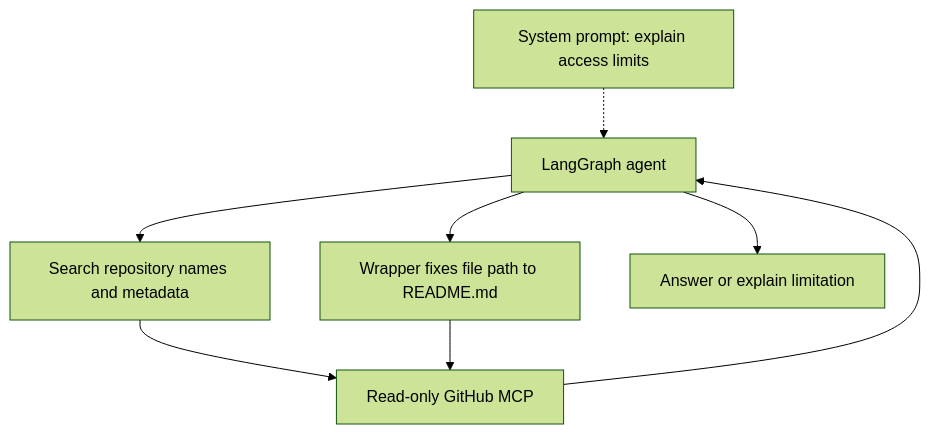
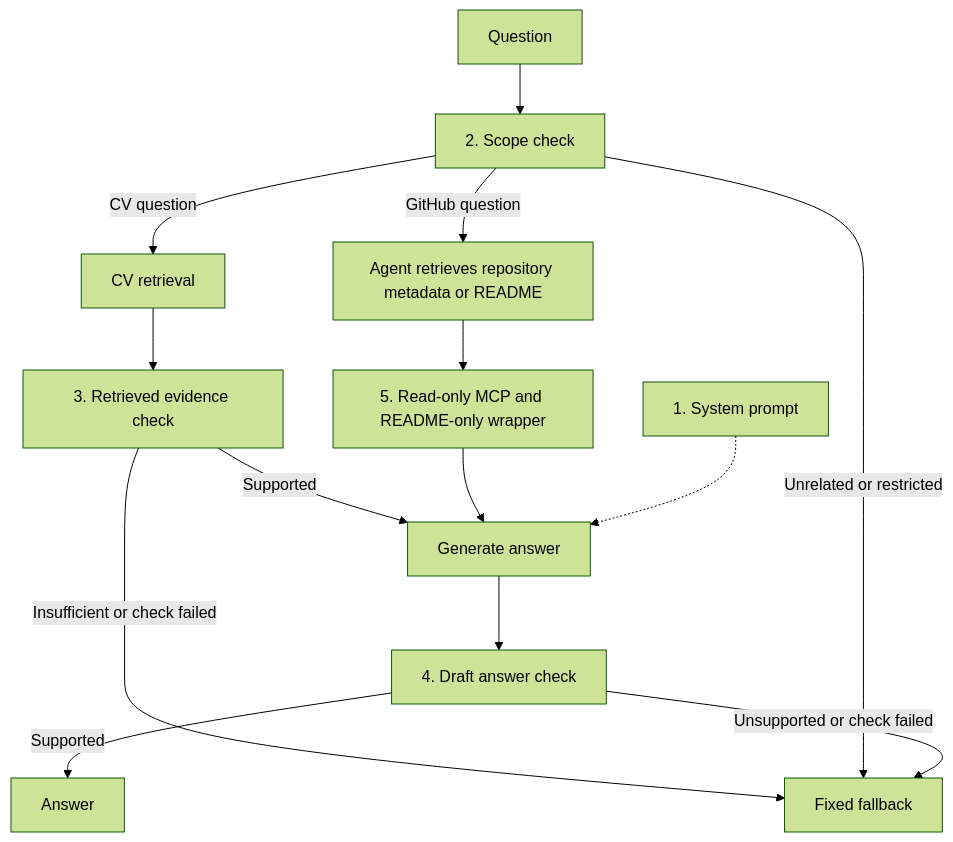
One commit to ehsantaati/talking-cv-demo changed the second of 2 diagrams in README.md. Above: the diagram before and after it, drawn with Mermaid (forest theme). The commit also changed other lines of this file, not shown here.

Commit message:
Revise RAG guardrails and update flowchart
Updated section titles and clarified guardrails for the agent's access and retrieval processes. Enhanced flowchart to reflect the updated structure.

````diff
--- a/README.md
+++ b/README.md
@@ -52,10 +60,16 @@
 ```mermaid
 flowchart TD
-    P[System prompt: explain access limits] -.-> A[LangGraph agent]
-    A --> S[Search repository names and metadata]
-    A --> R[Wrapper fixes file path to README.md]
-    S --> M[Read-only GitHub MCP]
-    R --> M
-    M --> A
-    A --> O[Answer or explain limitation]
+    Q[Question] --> C[2. Scope check]
+    C -->|CV question| R[CV retrieval]
+    R --> E[3. Retrieved evidence check]
+    E -->|Supported| A[Generate answer]
+    E -->|Insufficient or check failed| F[Fixed fallback]
+    C -->|Unrelated or restricted| F[Fixed fallback]
+    C -->|GitHub question| G[Agent retrieves repository metadata or README]
+    G --> T[5. Read-only MCP and README-only wrapper]
+    T --> A
+    P[1. System prompt] -.-> A
+    A --> V[4. Draft answer check]
+    V -->|Supported| O[Answer]
+    V -->|Unsupported or check failed| F
 ```
````
